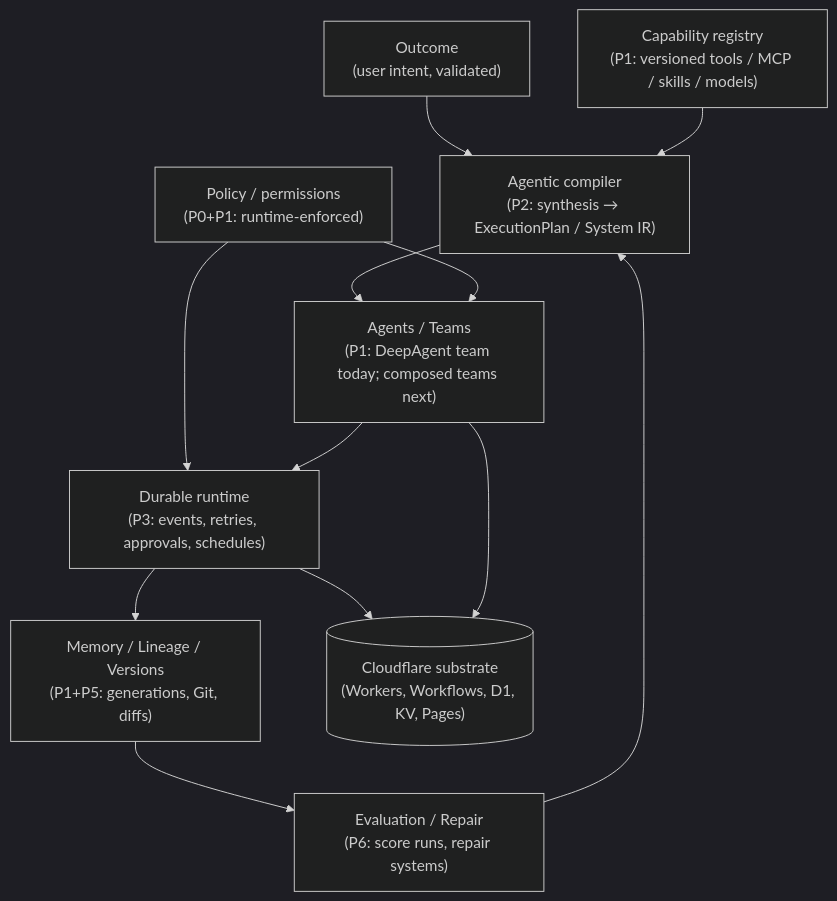
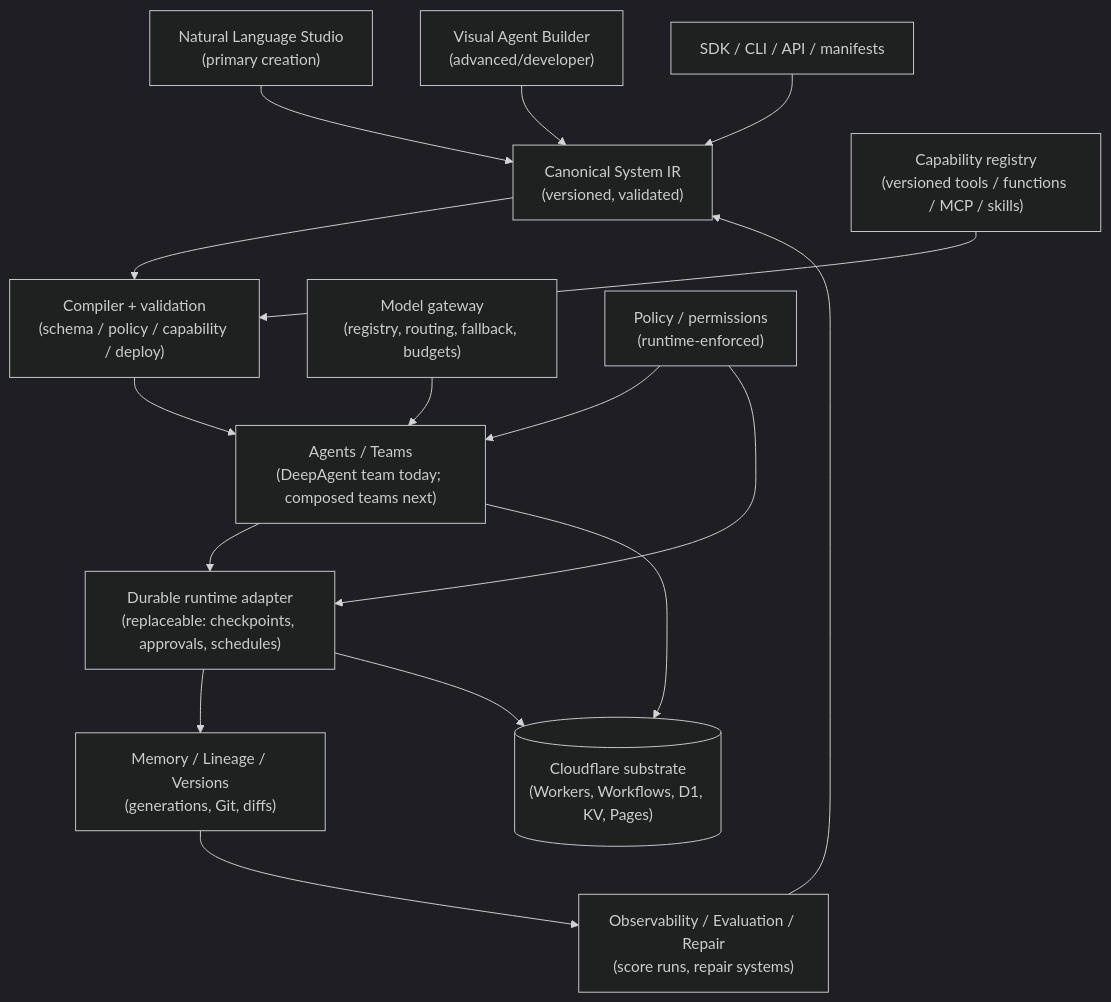
The second of 2 diagrams in docs/architecture-diagrams.md (mehranjanati/v2-vibe), drawn with Mermaid (dark theme) before and after one commit. The commit also changed other lines of this file and 29 other files, not shown here.

First line of the commit message:
docs(platform): agentic platform vision, M0-M6 roadmap, manifest schemas (P7.1)

````diff
--- a/docs/architecture-diagrams.md
+++ b/docs/architecture-diagrams.md
@@ -97,24 +99,32 @@
 ```mermaid
 flowchart TB
-    OUTCOME["Outcome<br/>(user intent, validated)"]
-    COMPILER["Agentic compiler<br/>(P2: synthesis → ExecutionPlan / System IR)"]
-    REG["Capability registry<br/>(P1: versioned tools / MCP / skills / models)"]
-    POLICY["Policy / permissions<br/>(P0+P1: runtime-enforced)"]
-    RUNTIME["Durable runtime<br/>(P3: events, retries, approvals, schedules)"]
-    TEAMS["Agents / Teams<br/>(P1: DeepAgent team today; composed teams next)"]
-    STATE["Memory / Lineage / Versions<br/>(P1+P5: generations, Git, diffs)"]
-    EVAL["Evaluation / Repair<br/>(P6: score runs, repair systems)"]
+    NL["Natural Language Studio<br/>(primary creation)"]
+    VB["Visual Agent Builder<br/>(advanced/developer)"]
+    DEV["SDK / CLI / API / manifests"]
+    IR["Canonical System IR<br/>(versioned, validated)"]
+    COMPILER["Compiler + validation<br/>(schema / policy / capability / deploy)"]
+    REG["Capability registry<br/>(versioned tools / functions / MCP / skills)"]
+    MOD["Model gateway<br/>(registry, routing, fallback, budgets)"]
+    POLICY["Policy / permissions<br/>(runtime-enforced)"]
+    RUNTIME["Durable runtime adapter<br/>(replaceable: checkpoints, approvals, schedules)"]
+    TEAMS["Agents / Teams<br/>(DeepAgent team today; composed teams next)"]
+    STATE["Memory / Lineage / Versions<br/>(generations, Git, diffs)"]
+    EVAL["Observability / Evaluation / Repair<br/>(score runs, repair systems)"]
     SUBSTRATE[("Cloudflare substrate<br/>(Workers, Workflows, D1, KV, Pages)")]
 
-    OUTCOME --> COMPILER
+    NL --> IR
+    VB --> IR
+    DEV --> IR
+    IR --> COMPILER
+    REG --> COMPILER
     COMPILER --> TEAMS
-    REG --> COMPILER
+    MOD --> TEAMS
     POLICY --> TEAMS
     POLICY --> RUNTIME
     TEAMS --> RUNTIME
     RUNTIME --> STATE
     STATE --> EVAL
-    EVAL --> COMPILER
+    EVAL --> IR
     RUNTIME --> SUBSTRATE
     TEAMS --> SUBSTRATE
 ```
````
